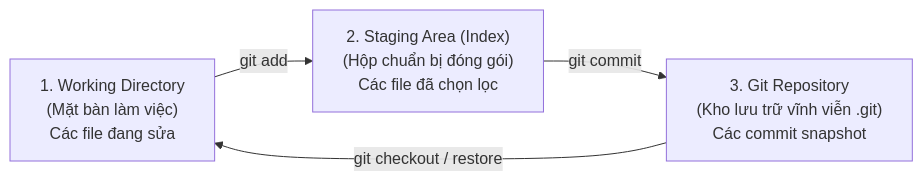
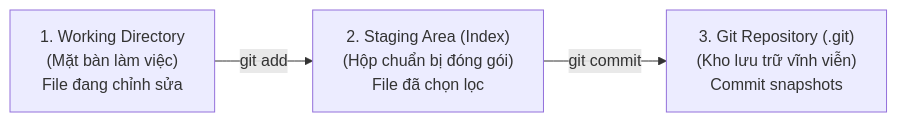
The second of 8 diagrams in Git/README.md (XuanQuang1301/Training-IT), drawn with Mermaid before and after one commit. The commit also changed other lines of this file and 1 other file, not shown here.

Commit message:
feat: add README and docs files for Git training module

````diff
--- a/Git/README.md
+++ b/Git/README.md
@@ -154,10 +154,9 @@
 ```mermaid
 flowchart LR
-    WD["1. Working Directory\n(Mặt bàn làm việc)\nCác file đang sửa"]
-    SA["2. Staging Area (Index)\n(Hộp chuẩn bị đóng gói)\nCác file đã chọn lọc"]
-    RP["3. Git Repository\n(Kho lưu trữ vĩnh viễn .git)\nCác commit snapshot"]
+    WD["1. Working Directory<br/>(Mặt bàn làm việc)<br/>File đang chỉnh sửa"]
+    SA["2. Staging Area (Index)<br/>(Hộp chuẩn bị đóng gói)<br/>File đã chọn lọc"]
+    RP["3. Git Repository (.git)<br/>(Kho lưu trữ vĩnh viễn)<br/>Commit snapshots"]
 
     WD -->|git add| SA
     SA -->|git commit| RP
-    RP -->|git checkout / restore| WD
 ```
````
